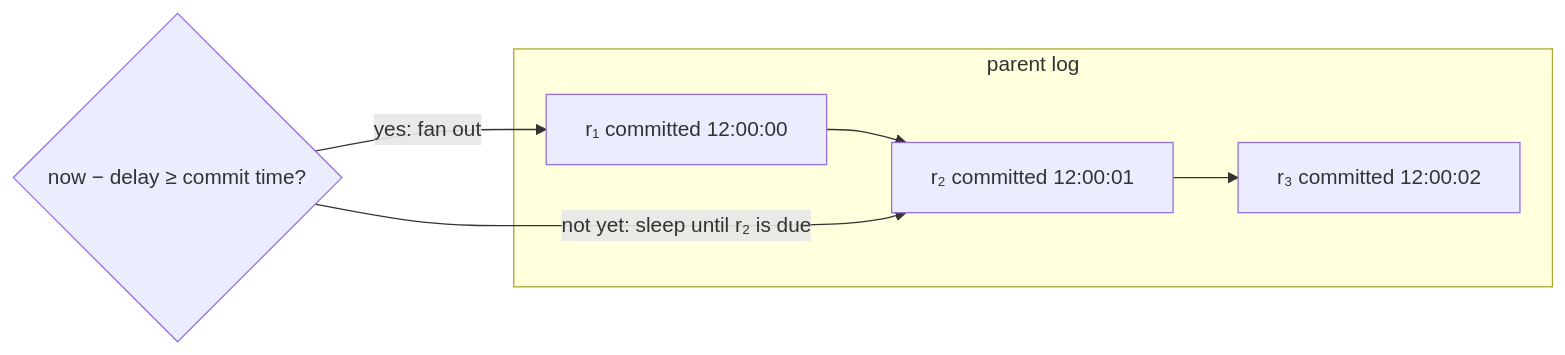
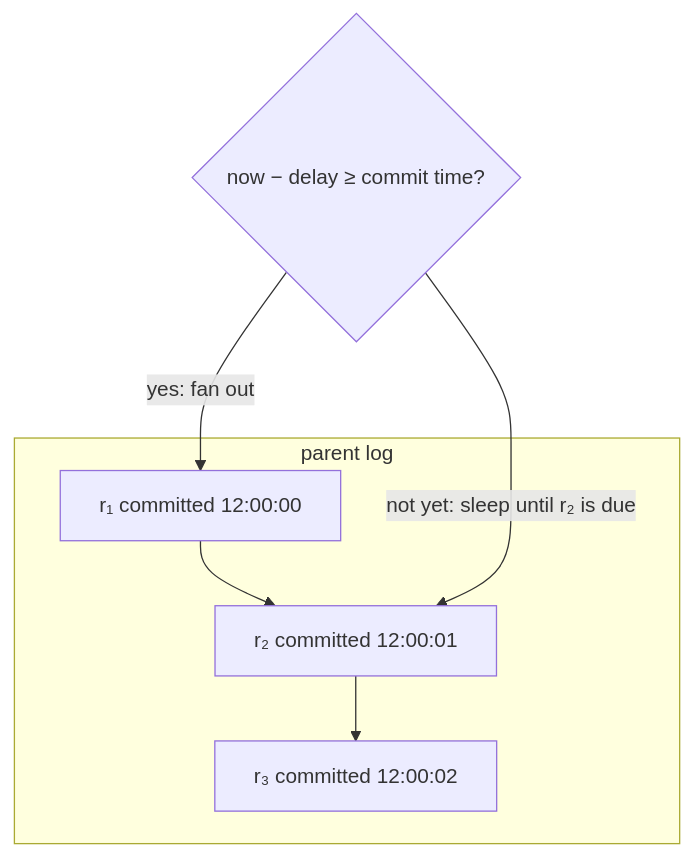
The third of 3 diagrams in docs/understand/fanout-engine.md (DebanganThakuria/narad), drawn with Mermaid before and after one commit. The commit also changed 44 other files, not shown here.

````diff
--- a/docs/understand/fanout-engine.md
+++ b/docs/understand/fanout-engine.md
@@ -87,10 +87,10 @@
 ```mermaid
-flowchart LR
+flowchart TB
     accTitle: The delay gate
     accDescr: Three parent records were committed at 12:00:00, 12:00:01 and 12:00:02. The gate compares now minus the delay with each record's commit time. A record that is due is fanned out; at the first record that is not due yet, the cursor sleeps until that record is due.
     subgraph parent log
         r1["r₁ committed 12:00:00"] --> r2["r₂ committed 12:00:01"] --> r3["r₃ committed 12:00:02"]
     end
     GATE{"now − delay ≥ commit time?"} -->|"yes: fan out"| r1
     GATE -->|"not yet: sleep until r₂ is due"| r2
 ```
````
